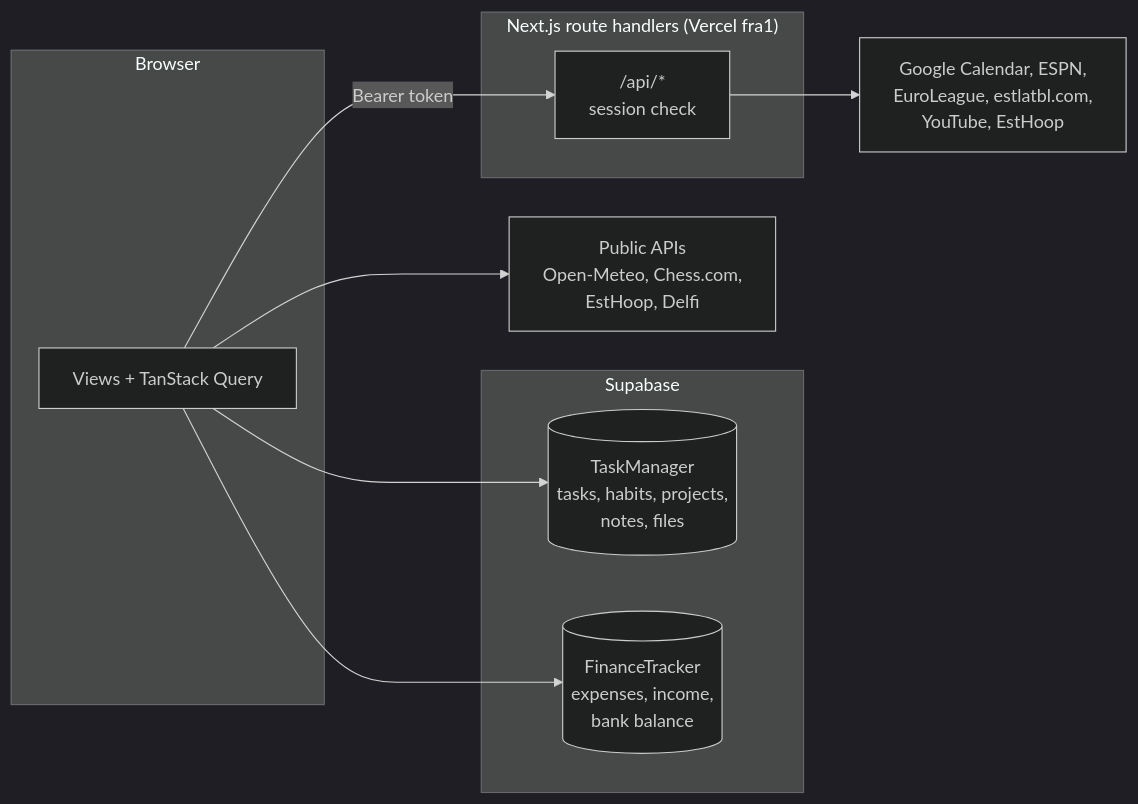
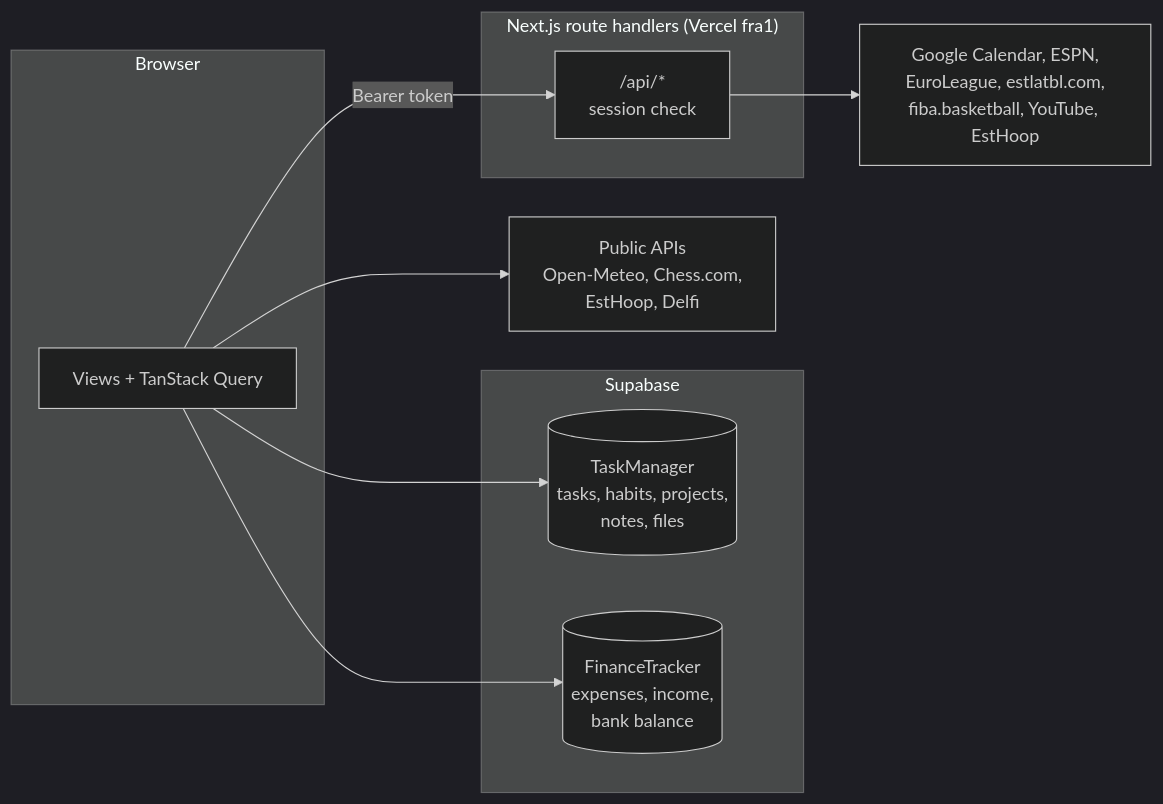
One commit to ErkoKaar/Dashboard changed the diagram in README.md. Above: the diagram before and after it, drawn with Mermaid (dark theme). The commit also changed other lines of this file and 16 other files, not shown here.

````diff
--- a/README.md
+++ b/README.md
@@ -149,20 +151,20 @@
 ```mermaid
 flowchart LR
   subgraph Browser
     UI["Views + TanStack Query"]
   end
   subgraph Supabase
     TM[("TaskManager<br/>tasks, habits, projects,<br/>notes, files")]
     FT[("FinanceTracker<br/>expenses, income,<br/>bank balance")]
   end
   subgraph Next["Next.js route handlers (Vercel fra1)"]
     API["/api/*<br/>session check"]
   end
   PUB["Public APIs<br/>Open-Meteo, Chess.com,<br/>EstHoop, Delfi"]
-  EXT["Google Calendar, ESPN,<br/>EuroLeague, estlatbl.com,<br/>YouTube, EstHoop"]
+  EXT["Google Calendar, ESPN,<br/>EuroLeague, estlatbl.com,<br/>fiba.basketball, YouTube, EstHoop"]
   UI --> TM
   UI --> FT
   UI --> PUB
   UI -- "Bearer token" --> API
   API --> EXT
 ```
````
